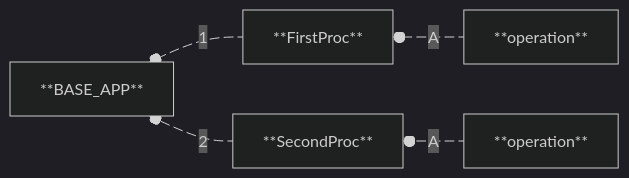
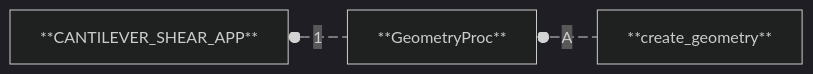
The first of 4 diagrams in src/labs/apps/cms/CANTILEVER_SHEAR_APP/README.md (nuremics/nuremics-labs), drawn with Mermaid (dark theme) before and after one commit. The commit also changed other lines of this file, not shown here.

Commit message:
add README of CANTLIEVER_SHEAR_APP

````diff
--- a/src/labs/apps/cms/CANTILEVER_SHEAR_APP/README.md
+++ b/src/labs/apps/cms/CANTILEVER_SHEAR_APP/README.md
@@ -14,11 +12,7 @@
 ```mermaid
 flowchart RL
-  **FirstProc** e1@--1--o **BASE_APP**
-  **SecondProc** e2@--2--o **BASE_APP**
-  operation1["**operation**"] e3@--A--o **FirstProc**
-  operation2["**operation**"] e4@--A--o **SecondProc**
+  **GeometryProc** e1@--1--o **CANTILEVER_SHEAR_APP**
+  **create_geometry** e2@--A--o **GeometryProc**
   e1@{ animate: true }
   e2@{ animate: true }
-  e3@{ animate: true }
-  e4@{ animate: true }
 ```
````
